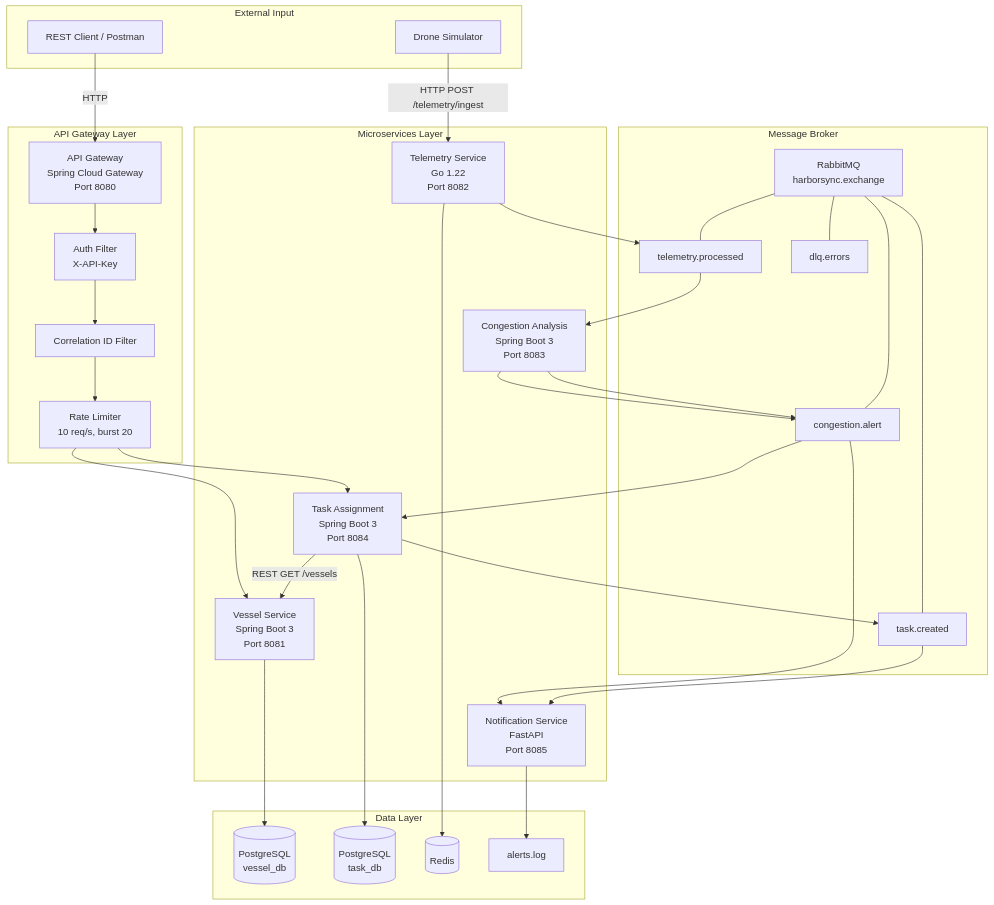
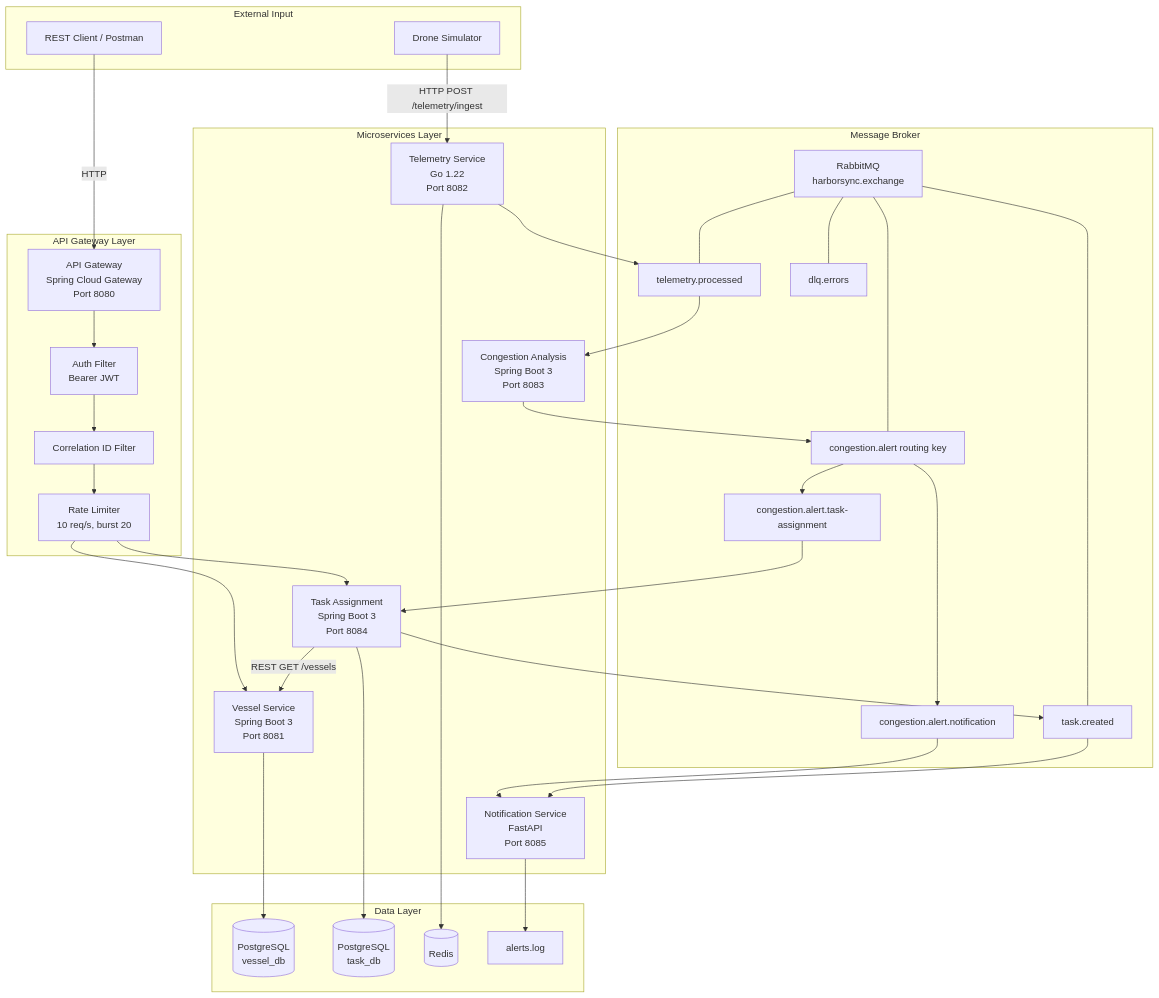
The diagram in README.md (DenizYald3iz/HarborSync), drawn with Mermaid before and after one commit. The commit also changed other lines of this file and 15 other files, not shown here.

````diff
--- a/README.md
+++ b/README.md
@@ -18,53 +18,56 @@
 ```mermaid
 flowchart TB
     subgraph External["External Input"]
         DS[Drone Simulator]
         RC[REST Client / Postman]
     end
 
     subgraph Gateway["API Gateway Layer"]
         GW[API Gateway<br/>Spring Cloud Gateway<br/>Port 8080]
-        AF[Auth Filter<br/>X-API-Key]
+        AF[Auth Filter<br/>Bearer JWT]
         CF[Correlation ID Filter]
         RL[Rate Limiter<br/>10 req/s, burst 20]
     end
 
     subgraph Services["Microservices Layer"]
         VS[Vessel Service<br/>Spring Boot 3<br/>Port 8081]
         TS[Telemetry Service<br/>Go 1.22<br/>Port 8082]
         CA[Congestion Analysis<br/>Spring Boot 3<br/>Port 8083]
         TA[Task Assignment<br/>Spring Boot 3<br/>Port 8084]
         NS[Notification Service<br/>FastAPI<br/>Port 8085]
     end
 
     subgraph Data["Data Layer"]
         PGV[(PostgreSQL<br/>vessel_db)]
         PGT[(PostgreSQL<br/>task_db)]
         RD[(Redis)]
         LOG[alerts.log]
     end
 
     subgraph Broker["Message Broker"]
         RMQ[RabbitMQ<br/>harborsync.exchange]
         Q1[telemetry.processed]
-        Q2[congestion.alert]
+        Q2[congestion.alert routing key]
+        Q2A[congestion.alert.task-assignment]
+        Q2B[congestion.alert.notification]
         Q3[task.created]
         Q4[dlq.errors]
     end
 
     DS -- HTTP POST /telemetry/ingest --> TS
     RC -- HTTP --> GW
     GW --> AF --> CF --> RL
     RL --> VS
     RL --> TA
     TS --> Q1 --> CA
-    CA --> Q2 --> TA
-    CA --> Q2 --> NS
+    CA --> Q2
+    Q2 --> Q2A --> TA
+    Q2 --> Q2B --> NS
     TA --> Q3 --> NS
     TA -- REST GET /vessels --> VS
     TA --> PGT
     VS --> PGV
     TS --> RD
     NS --> LOG
     RMQ --- Q1 & Q2 & Q3 & Q4
 ```
````
